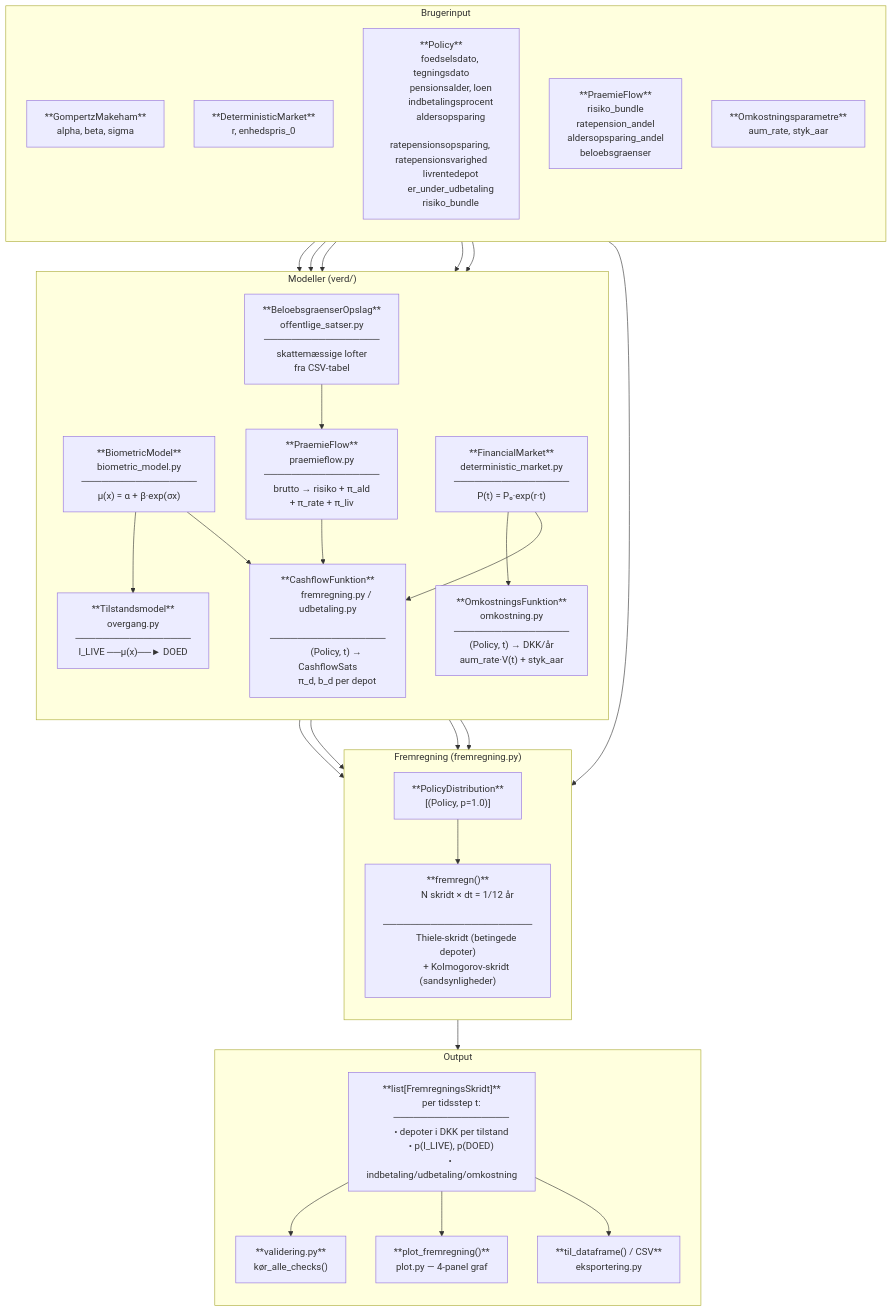
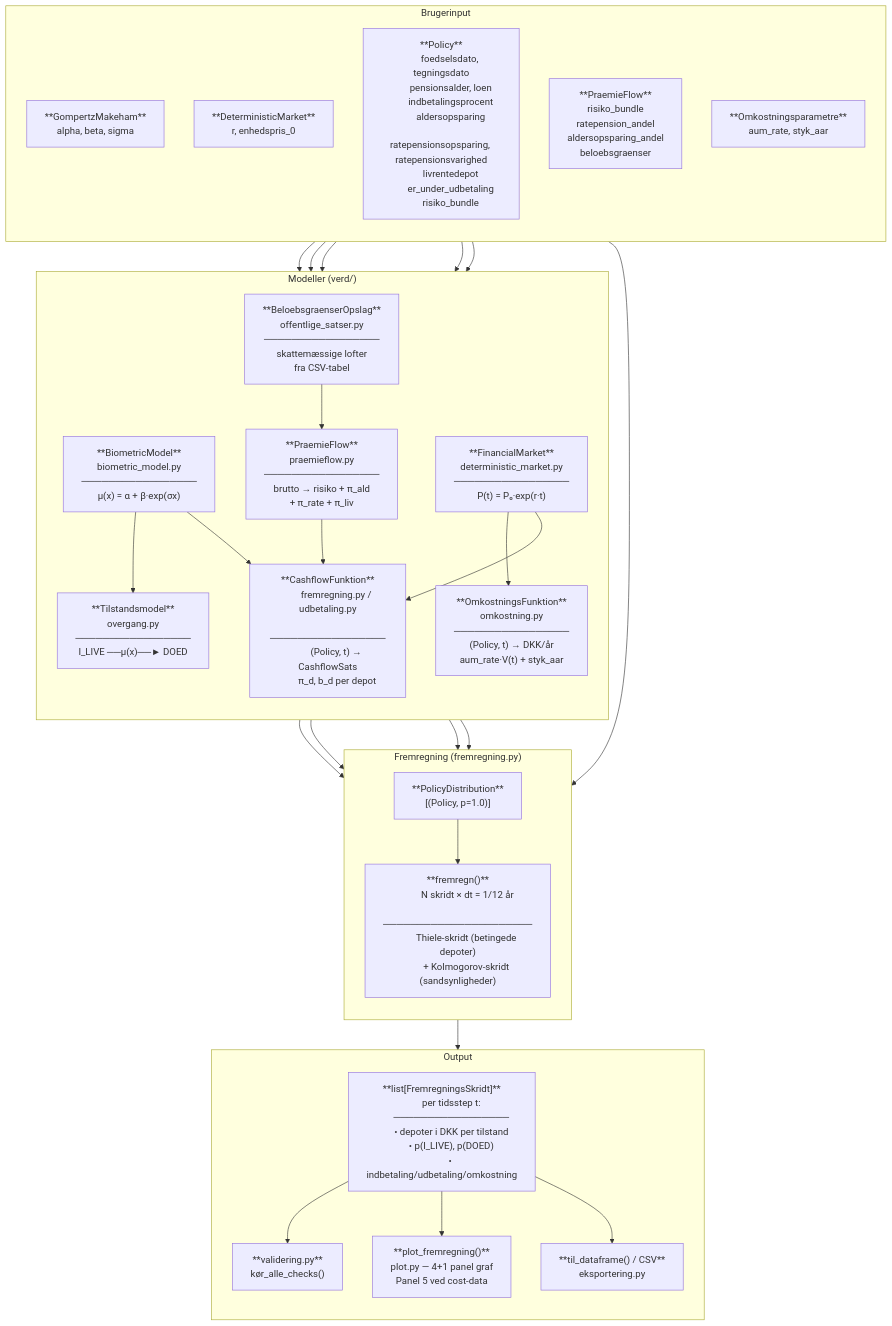
The first of 2 diagrams in DOKUMENTATION.md (Alexlollike/Verd), drawn with Mermaid before and after one commit. The commit also changed other lines of this file and 8 other files, not shown here.

```diff
--- a/DOKUMENTATION.md
+++ b/DOKUMENTATION.md
@@ -501,7 +604,8 @@
         VALID["**validering.py**
         kør_alle_checks()"]
         PLOT["**plot_fremregning()**
-        plot.py — 4-panel graf"]
+        plot.py — 4+1 panel graf
+        Panel 5 ved cost-data"]
         EXPORT["**til_dataframe() / CSV**
         eksportering.py"]
     end
```
